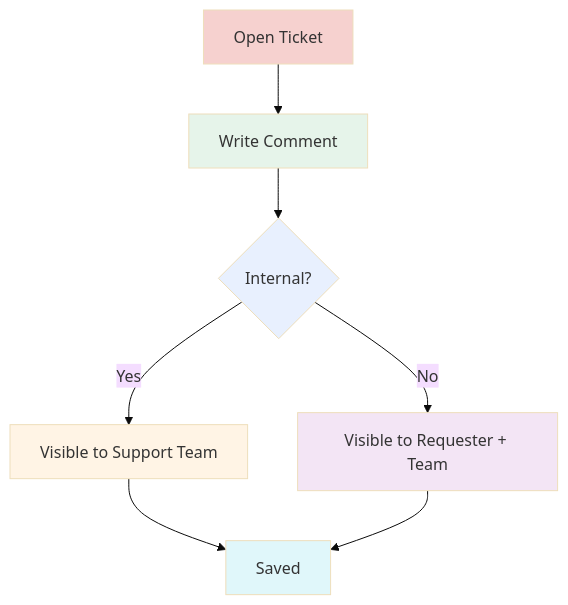
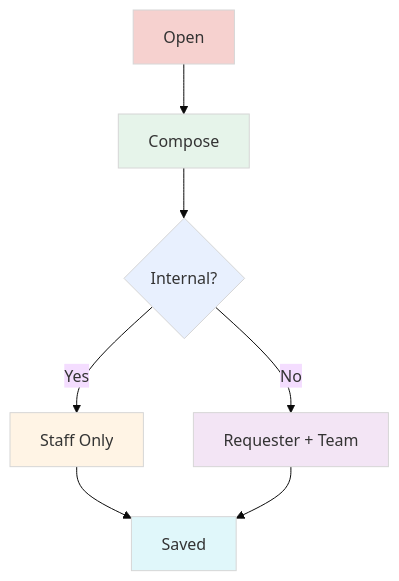
Before and after one commit to salmanb74-dev/ntg-ticket: the second of 7 diagrams in NTG-Ticket-User Guide.md, drawn with Mermaid (base theme). The commit also changed other lines of this file, not shown here.

Commit message:
Update NTG-Ticket-User Guide.md

````diff
--- a/NTG-Ticket-User Guide.md
+++ b/NTG-Ticket-User Guide.md
@@ -126,15 +126,15 @@
 ```mermaid
 flowchart TD
-    A[Open Ticket] --> B[Write Comment]
+    A[Open] --> B[Compose]
     B --> C{Internal?}
-    C -- Yes --> D[Visible to Support Team]
-    C -- No --> E[Visible to Requester + Team]
+    C -- Yes --> D[Staff Only]
+    C -- No --> E[Requester + Team]
     D --> F[Saved]
     E --> F[Saved]
-    style A fill:#F6D1CF
-    style B fill:#E6F4EA
-    style C fill:#E8F0FE
-    style D fill:#FFF4E5
-    style E fill:#F3E5F5
-    style F fill:#E0F7FA
+    style A fill:#F6D1CF,stroke:#D6D6D6,stroke-width:1px
+    style B fill:#E6F4EA,stroke:#D6D6D6,stroke-width:1px
+    style C fill:#E8F0FE,stroke:#D6D6D6,stroke-width:1px
+    style D fill:#FFF4E5,stroke:#D6D6D6,stroke-width:1px
+    style E fill:#F3E5F5,stroke:#D6D6D6,stroke-width:1px
+    style F fill:#E0F7FA,stroke:#D6D6D6,stroke-width:1px
 ```
````
